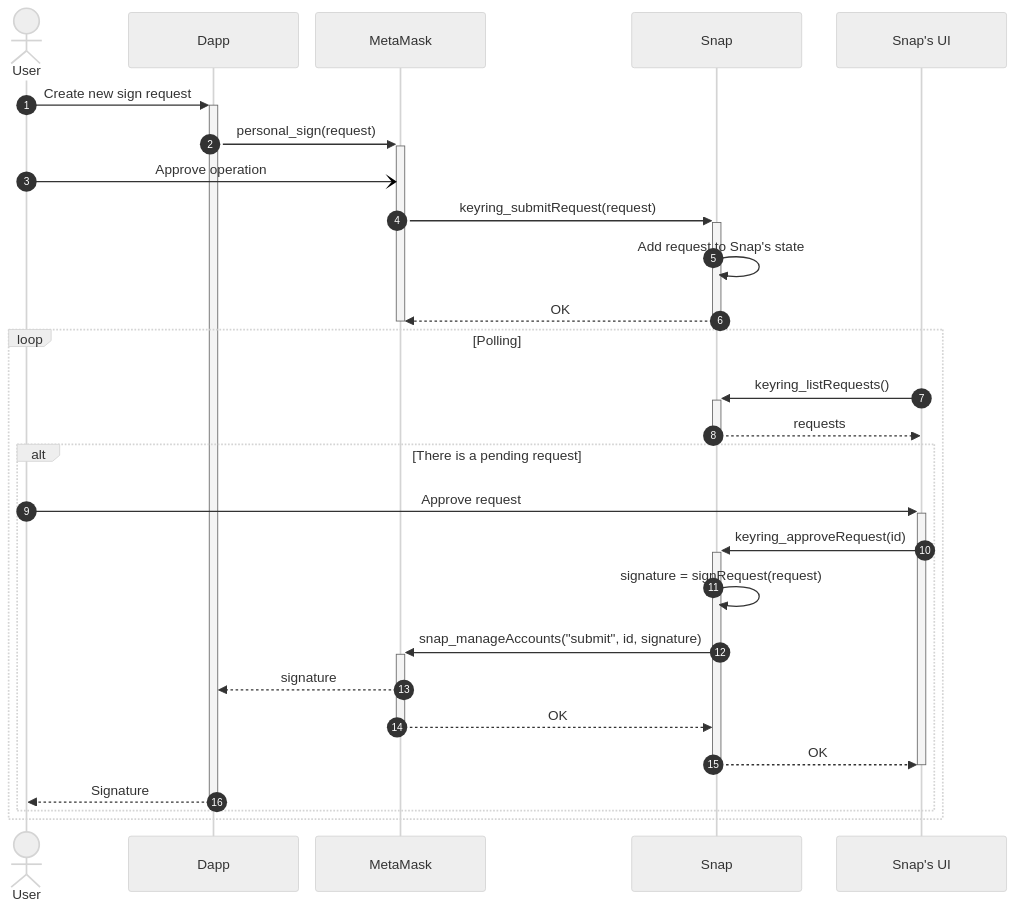
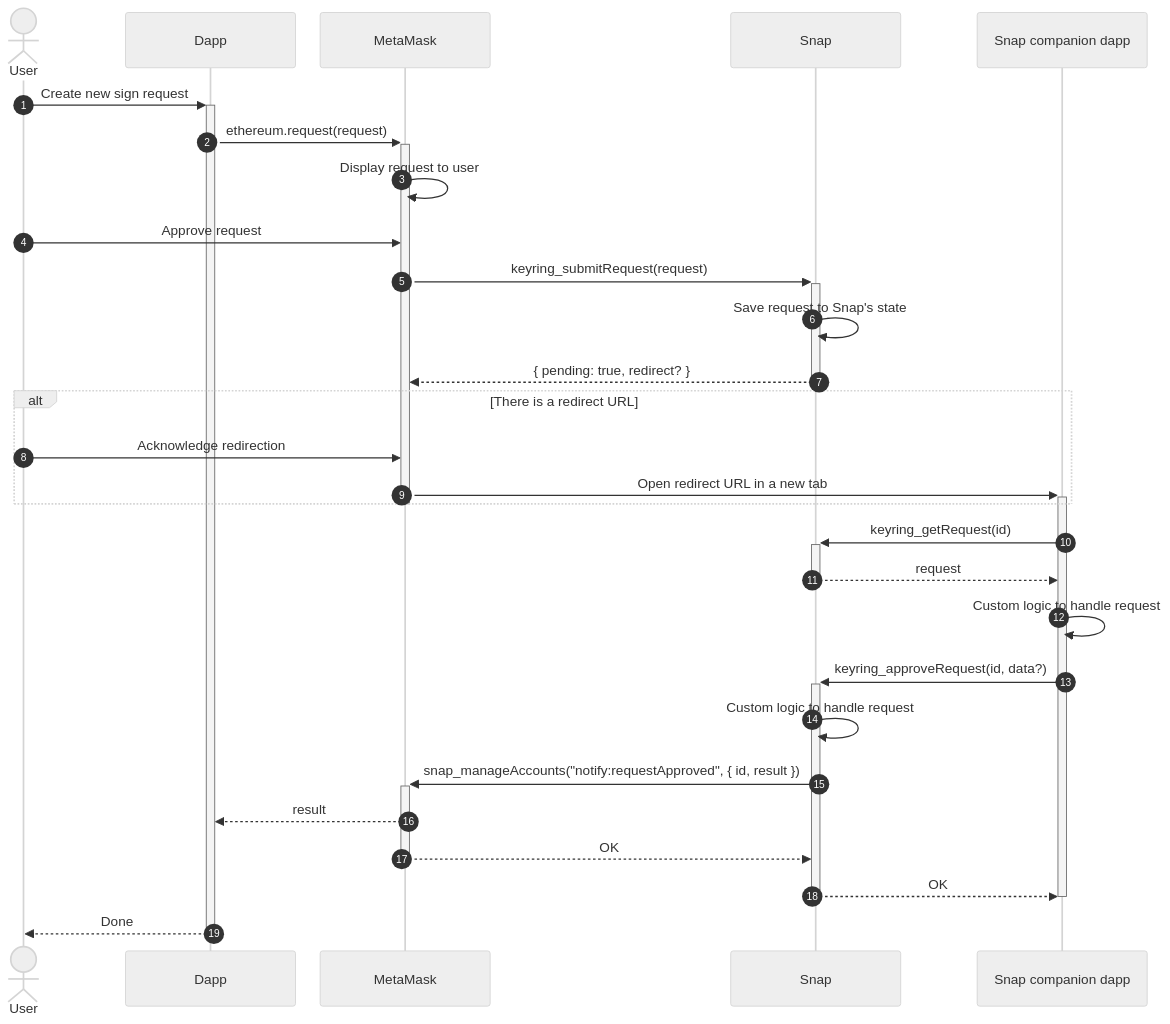
One commit to MetaMask/metamask-docs changed the fifth of 5 diagrams in snaps/concepts/keyring-api.md. Above: the diagram before and after it, drawn with Mermaid (neutral theme). The commit also changed other lines of this file and 18 other files, not shown here.

````diff
--- a/snaps/concepts/keyring-api.md
+++ b/snaps/concepts/keyring-api.md
@@ -219,47 +212,48 @@
 ```mermaid
 %%{
   init: {
     'sequence': {
       'actorMargin': 20,
       'width': 200
     }
   }
 }%%
 
 sequenceDiagram
-  autonumber
+autonumber
 
-  actor User
-  participant Dapp
-  participant MetaMask
-  participant Snap
-  participant Site as Snap's UI
+actor User
+participant Dapp
+participant MetaMask
+participant Snap
+participant Site as Snap companion dapp
 
-  User ->>+ Dapp: Create new sign request
-  Dapp ->>+ MetaMask: personal_sign(request)
-  User -) MetaMask: Approve operation
+User ->>+ Dapp: Create new sign request
+Dapp ->>+ MetaMask: ethereum.request(request)
+MetaMask ->> MetaMask: Display request to user
+User ->> MetaMask: Approve request
 
-  MetaMask ->>+ Snap: keyring_submitRequest(request)
-  Snap ->> Snap: Add request to Snap's state
-  Snap -->>- MetaMask: OK
-  deactivate MetaMask
+MetaMask ->>+ Snap: keyring_submitRequest(request)
+Snap ->> Snap: Save request to Snap's state
+Snap -->>- MetaMask: { pending: true, redirect? }
+alt There is a redirect URL
+  User ->> MetaMask: Acknowledge redirection
+  MetaMask ->>+ Site: Open redirect URL in a new tab
+end
+deactivate MetaMask
 
-  loop Polling
-    Site ->>+ Snap: keyring_listRequests()
-    Snap -->>- Site: requests
+Site ->>+ Snap: keyring_getRequest(id)
+Snap -->>- Site: request
 
-    alt There is a pending request
-	  User ->>+ Site: Approve request
-      Site ->>+ Snap: keyring_approveRequest(id)
-      Snap ->> Snap: signature = signRequest(request)
-      Snap ->>+ MetaMask: snap_manageAccounts("submit", id, signature)
+Site ->> Site: Custom logic to handle request
+Site ->>+ Snap: keyring_approveRequest(id, data?)
+Snap ->> Snap: Custom logic to handle request
+Snap ->>+ MetaMask: snap_manageAccounts("notify:requestApproved", { id, result })
 
-	  MetaMask -->> Dapp: signature
-	  MetaMask -->>- Snap: OK
-	  Snap -->>- Site: OK
-	  deactivate Site
+MetaMask -->> Dapp: result
+MetaMask -->>- Snap: OK
+Snap -->>- Site: OK
+deactivate Site
 
-      Dapp -->>- User: Signature
-    end
-  end
+Dapp -->>- User: Done
 ```
````
